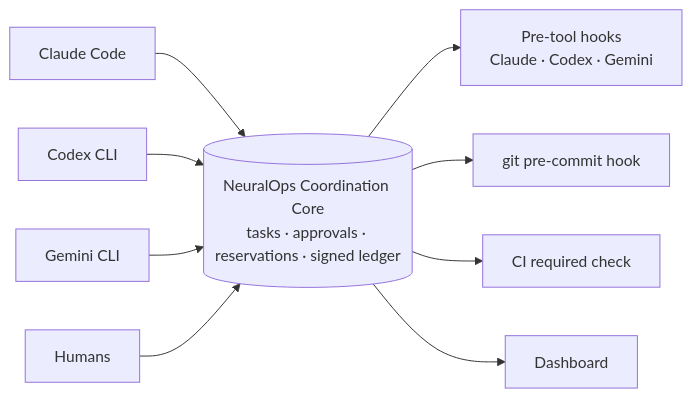
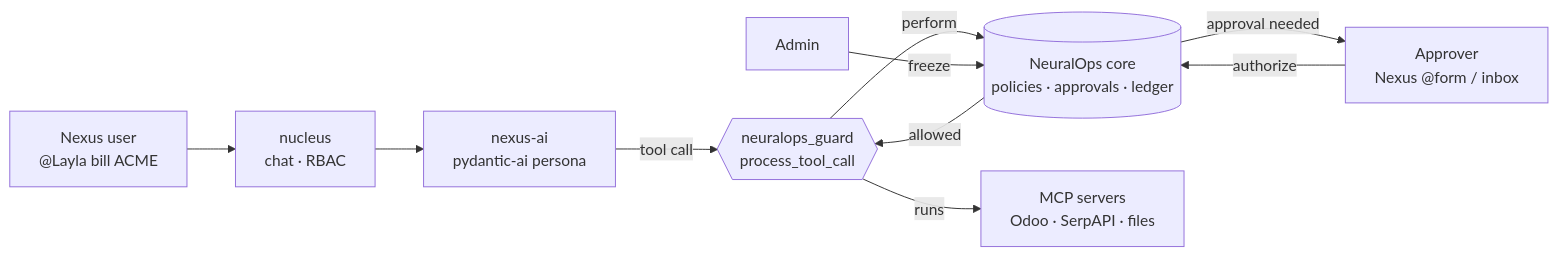
Before and after one commit to z-sops/neuralops: the diagram in docs/PITCH.md, drawn with Mermaid. The commit also changed other lines of this file and 43 other files, not shown here.

First line of the commit message:
V0.1.4: NeuralOps Nexus gate — perform act, streamable-HTTP MCP, Python guard, kill switch, Apache-2.0

````diff
--- a/docs/PITCH.md
+++ b/docs/PITCH.md
@@ -40,12 +33,12 @@
 ```mermaid
 flowchart LR
-  CC[Claude Code] --> CORE
-  CX[Codex CLI] --> CORE
-  GM[Gemini CLI] --> CORE
-  HU[Humans] --> CORE
-  CORE[("NeuralOps Coordination Core<br/>tasks · approvals · reservations · signed ledger")]
-  CORE --> H1[Pre-tool hooks<br/>Claude · Codex · Gemini]
-  CORE --> H2[git pre-commit hook]
-  CORE --> H3[CI required check]
-  CORE --> H4[Dashboard]
+  U[Nexus user<br/>@Layla bill ACME] --> N[nucleus<br/>chat · RBAC]
+  N --> A[nexus-ai<br/>pydantic-ai persona]
+  A -->|tool call| G{{neuralops_guard<br/>process_tool_call}}
+  G -->|perform| C[(NeuralOps core<br/>policies · approvals · ledger)]
+  C -->|allowed| G
+  G -->|runs| T[MCP servers<br/>Odoo · SerpAPI · files]
+  C -->|approval needed| H[Approver<br/>Nexus @form / inbox]
+  H -->|authorize| C
+  K[Admin] -->|freeze| C
 ```
````
